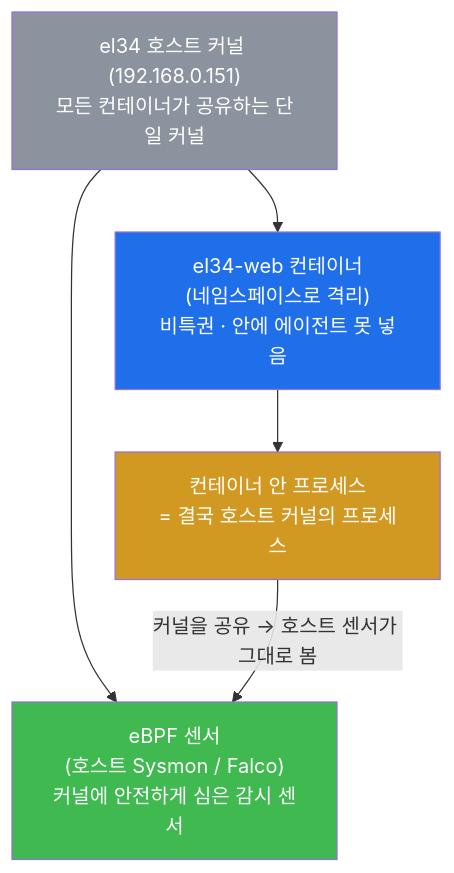
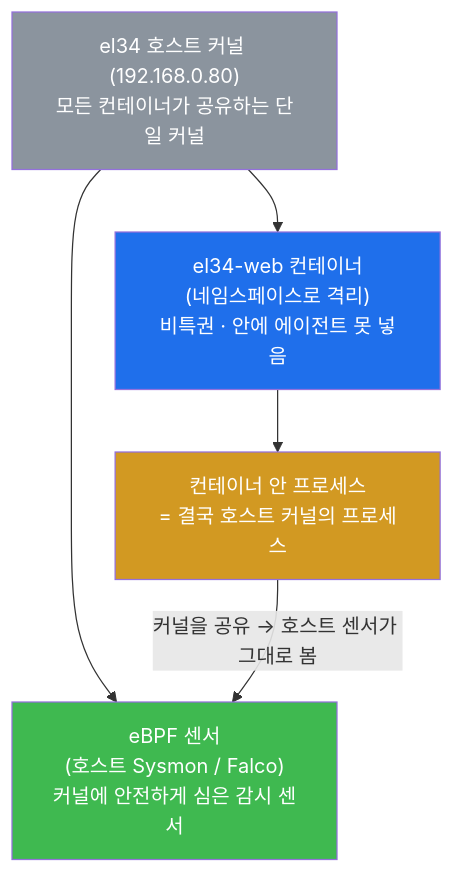
Before and after one commit to mrgrit/tw2: the second of 11 diagrams in contents/training/cloud-container/lecture_week10.md, drawn with Mermaid. The commit also changed other lines of this file and 119 other files, not shown here.

````diff
--- a/contents/training/cloud-container/lecture_week10.md
+++ b/contents/training/cloud-container/lecture_week10.md
@@ -149,15 +149,15 @@
 ```mermaid
 graph TD
-    HK["el34 호스트 커널 (192.168.0.151)<br/>모든 컨테이너가 공유하는 단일 커널"]
+    HK["el34 호스트 커널 (192.168.0.80)<br/>모든 컨테이너가 공유하는 단일 커널"]
     SENSOR["eBPF 센서<br/>(호스트 Sysmon / Falco)<br/>커널에 안전하게 심은 감시 센서"]
     NS["el34-web 컨테이너<br/>(네임스페이스로 격리)<br/>비특권 · 안에 에이전트 못 넣음"]
     PROC["컨테이너 안 프로세스<br/>= 결국 호스트 커널의 프로세스"]
     HK --> SENSOR
     HK --> NS
     NS --> PROC
     PROC -->|"커널을 공유 → 호스트 센서가 그대로 봄"| SENSOR
     style SENSOR fill:#3fb950,color:#fff
     style PROC fill:#d29922,color:#fff
     style NS fill:#1f6feb,color:#fff
     style HK fill:#8b949e,color:#fff
 ```
````
